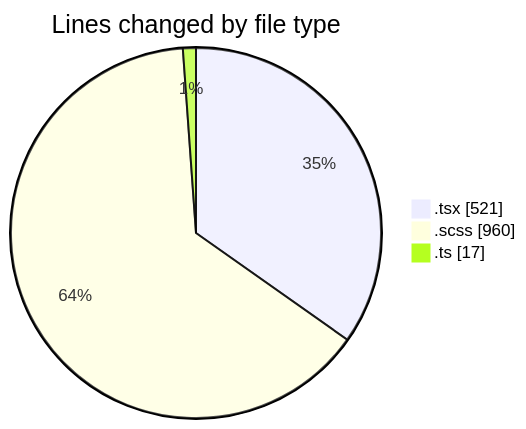
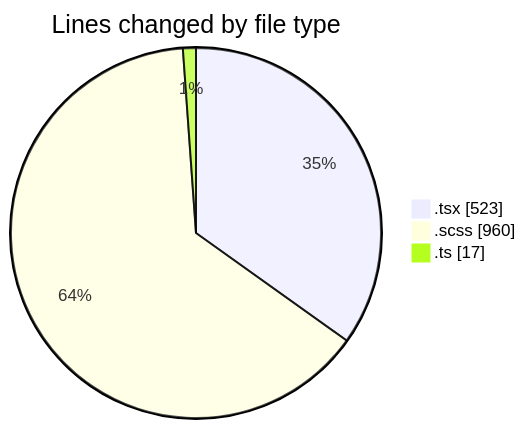
The first of 2 diagrams in 2025-09-19/cda/README.md (momahboobian/code-tracking), drawn with Mermaid before and after one commit. The commit also changed other lines of this file and 1 other file, not shown here.

````diff
--- a/2025-09-19/cda/README.md
+++ b/2025-09-19/cda/README.md
@@ -23,7 +23,7 @@
 ```mermaid
 pie showData
 title Lines changed by file type
-".tsx" : 521
+".tsx" : 523
 ".scss" : 960
 ".ts" : 17
 ```
````
